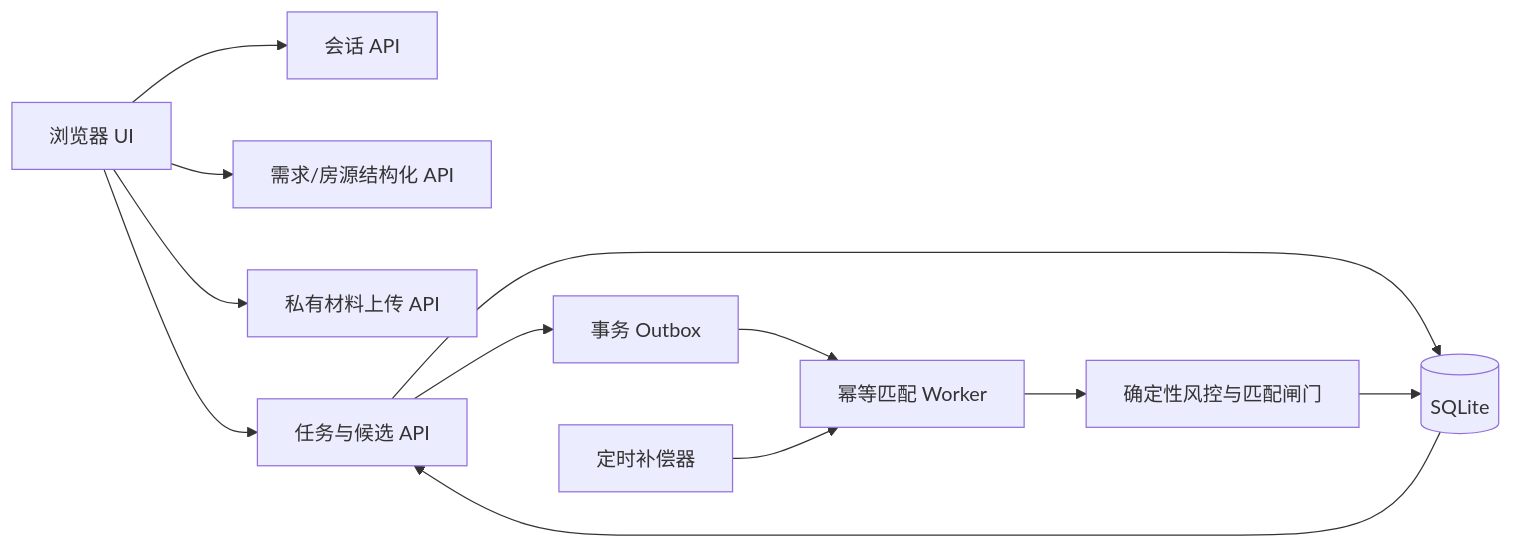
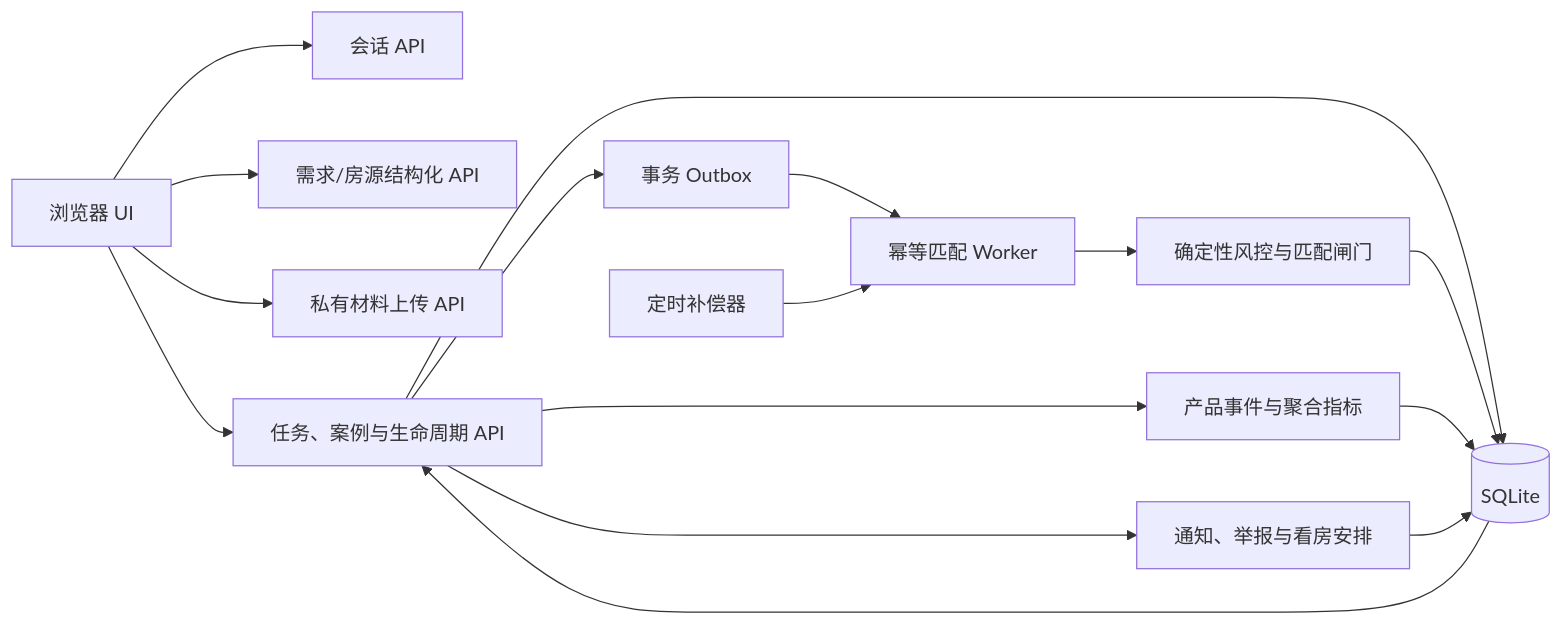
The fourth of 4 diagrams in docs/product-architecture.md (tank798/AI-native-rental-platform), drawn with Mermaid before and after one commit. The commit also changed other lines of this file and 14 other files, not shown here.

````diff
--- a/docs/product-architecture.md
+++ b/docs/product-architecture.md
@@ -149,14 +149,18 @@
 ```mermaid
 flowchart LR
     UI[浏览器 UI] --> SESSION[会话 API]
     UI --> INTAKE[需求/房源结构化 API]
     UI --> EVIDENCE[私有材料上传 API]
-    UI --> TASKS[任务与候选 API]
+    UI --> TASKS[任务、案例与生命周期 API]
     TASKS --> SQLITE[(SQLite)]
     TASKS --> OUTBOX[事务 Outbox]
     OUTBOX --> WORKER[幂等匹配 Worker]
     WORKER --> MATCH[确定性风控与匹配闸门]
     MATCH --> SQLITE
+    TASKS --> EVENT[产品事件与聚合指标]
+    TASKS --> NOTICE[通知、举报与看房安排]
+    EVENT --> SQLITE
+    NOTICE --> SQLITE
     TIMER[定时补偿器] --> WORKER
     SQLITE --> TASKS
 ```
````
